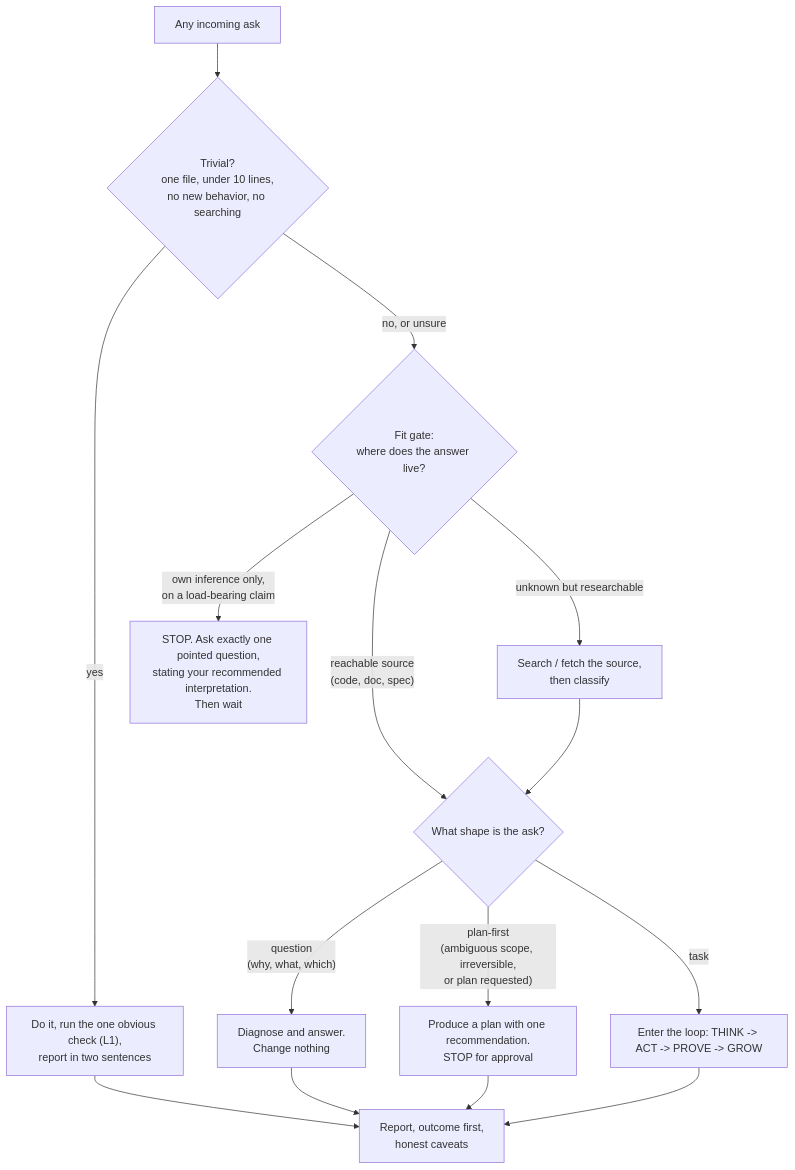
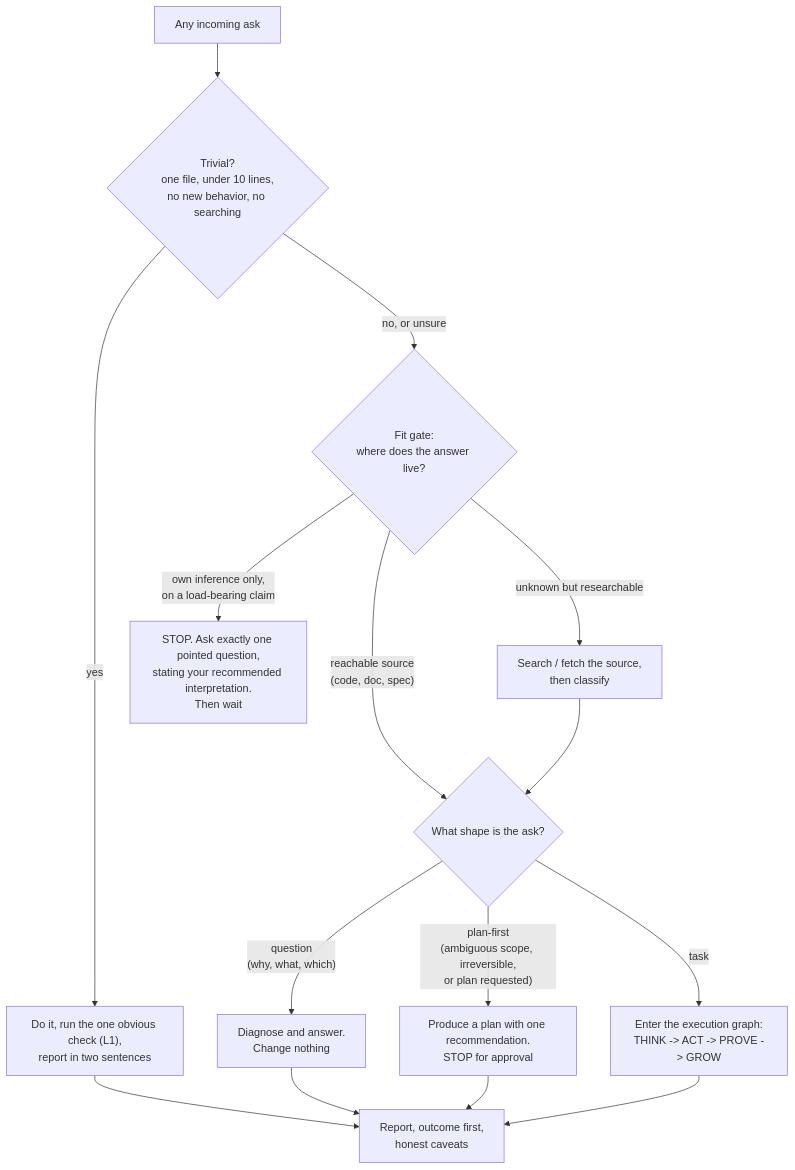
Before and after one commit to bouroo/agents: the first of 6 diagrams in skills/verification/references/flowcharts.md, drawn with Mermaid. The commit also changed other lines of this file and 12 other files, not shown here.

First line of the commit message:
feat!: re-author the doctrine as an execution graph (v5)

````diff
--- a/skills/verification/references/flowcharts.md
+++ b/skills/verification/references/flowcharts.md
@@ -7,17 +7,17 @@
 ```mermaid
 flowchart TD
     IN["Any incoming ask"] --> TRIV{"Trivial?<br/>one file, under 10 lines,<br/>no new behavior, no searching"}
     TRIV -->|yes| DOIT["Do it, run the one obvious check (L1),<br/>report in two sentences"]
     TRIV -->|no, or unsure| FIT{"Fit gate:<br/>where does the answer live?"}
     FIT -->|"reachable source<br/>(code, doc, spec)"| SHAPE{"What shape is the ask?"}
     FIT -->|unknown but researchable| SRCH["Search / fetch the source,<br/>then classify"]
     FIT -->|"own inference only,<br/>on a load-bearing claim"| STOPASK["STOP. Ask exactly one pointed question,<br/>stating your recommended interpretation.<br/>Then wait"]
     SRCH --> SHAPE
     SHAPE -->|"question<br/>(why, what, which)"| ANSWER["Diagnose and answer.<br/>Change nothing"]
     SHAPE -->|"plan-first<br/>(ambiguous scope, irreversible,<br/>or plan requested)"| PLAN["Produce a plan with one recommendation.<br/>STOP for approval"]
-    SHAPE -->|task| LOOP["Enter the loop: THINK -> ACT -> PROVE -> GROW"]
+    SHAPE -->|task| GRAPH["Enter the execution graph:<br/>THINK -> ACT -> PROVE -> GROW"]
     DOIT --> OUT["Report, outcome first,<br/>honest caveats"]
     ANSWER --> OUT
     PLAN --> OUT
-    LOOP --> OUT
+    GRAPH --> OUT
 ```
````
